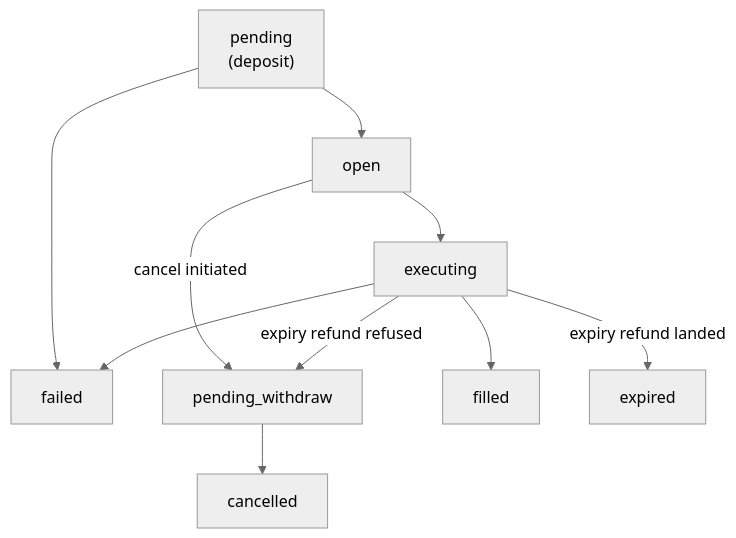
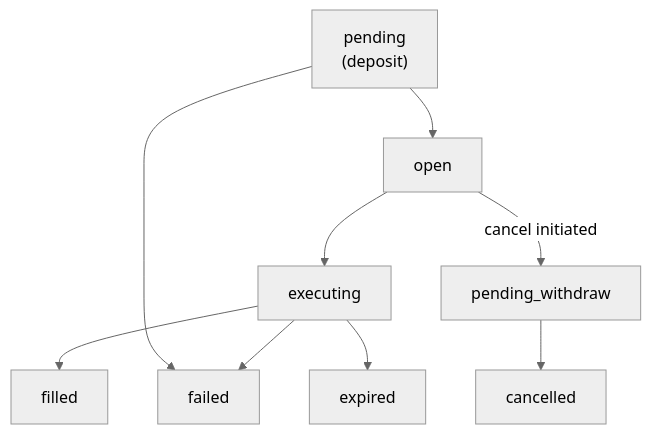
Before and after one commit to jup-ag/docs: the diagram in trigger/order-history.mdx, drawn with Mermaid (neutral theme). The commit also changed other lines of this file and 23 other files, not shown here.

````diff
--- a/trigger/order-history.mdx
+++ b/trigger/order-history.mdx
@@ -182,12 +182,11 @@
 ```mermaid
 flowchart TD
     P["pending<br/>(deposit)"] --> O["open"]
     P --> XF["failed"]
     O --> EX["executing"]
     O -->|"cancel initiated"| PW["pending_withdraw"]
     EX --> FL["filled"]
     EX --> XF
-    EX -->|"expiry refund landed"| EXP["expired"]
-    EX -->|"expiry refund refused"| PW
+    EX --> EXP["expired"]
     PW --> CAN["cancelled"]
 ```
````
